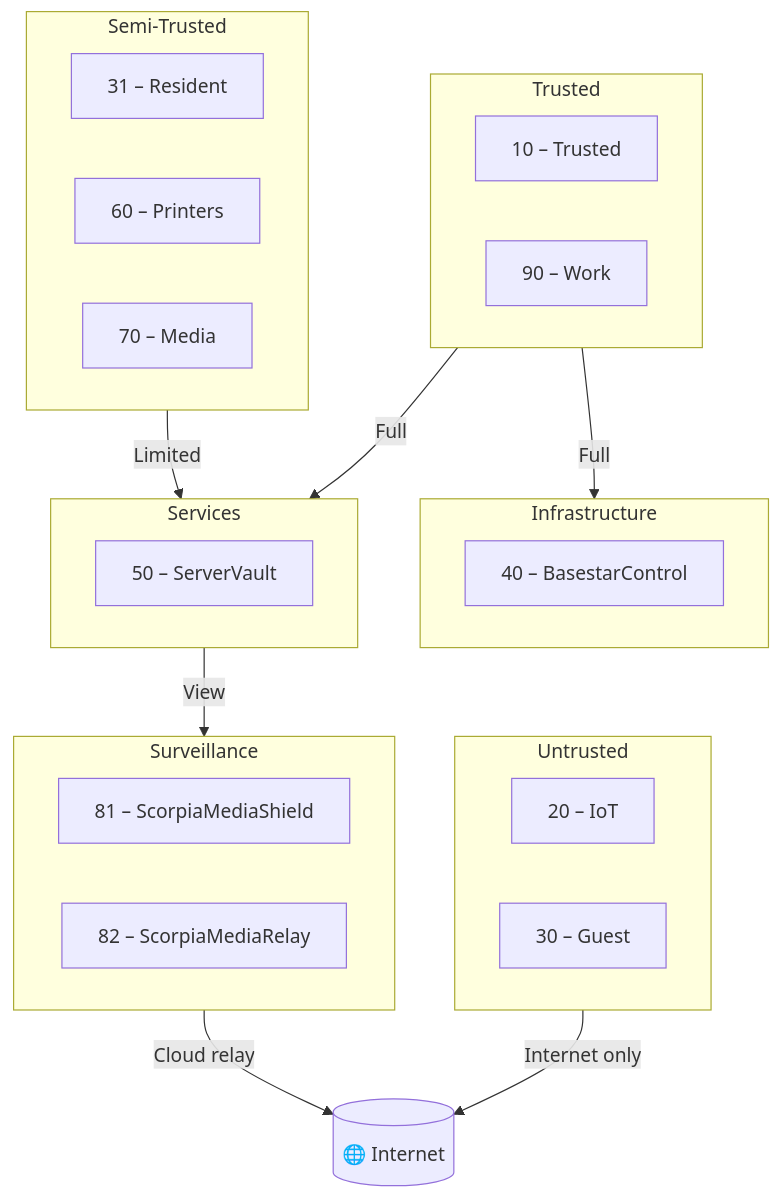
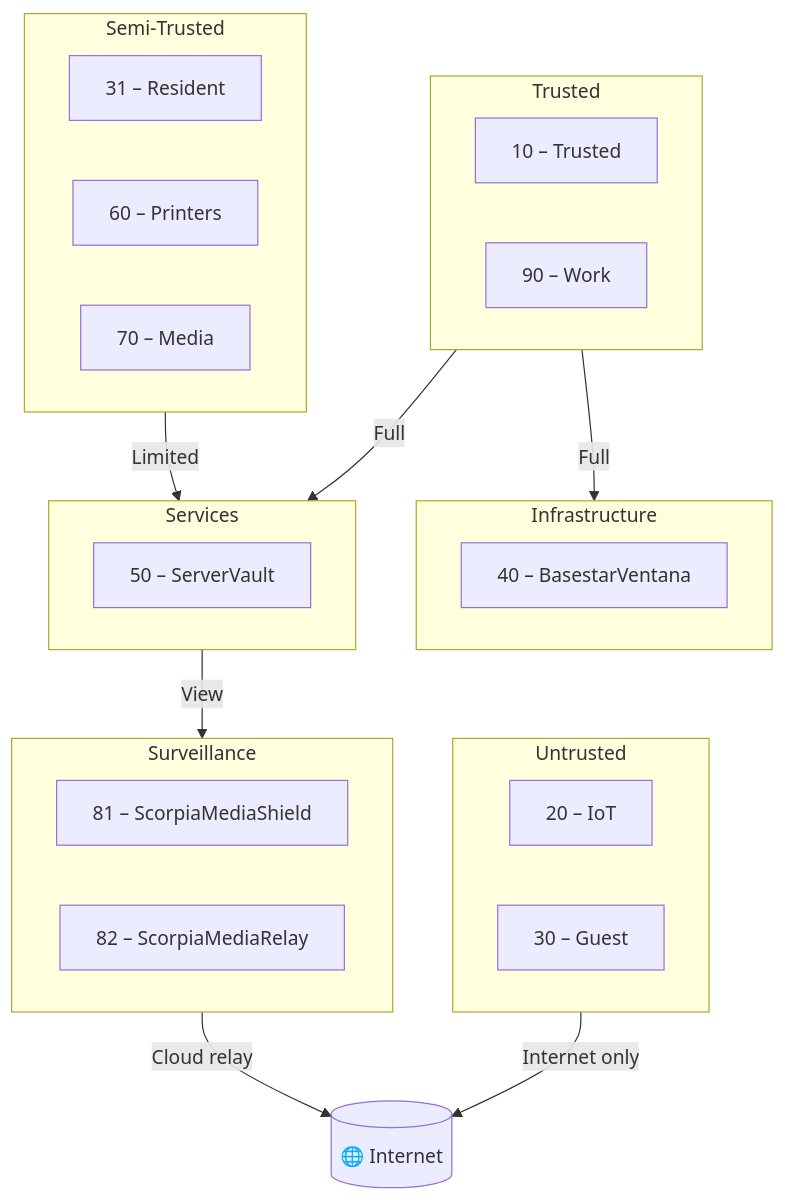
Before and after one commit to th3Wheel/Battlestar-Ventana-Network-Blueprint: the diagram in docs/Project_Architecture_Blueprint.md, drawn with Mermaid. The commit also changed other lines of this file and 9 other files, not shown here.

````diff
--- a/docs/Project_Architecture_Blueprint.md
+++ b/docs/Project_Architecture_Blueprint.md
@@ -68,35 +68,35 @@
 ```mermaid
 flowchart TB
   subgraph Trusted[Trusted]
     V10[10 – Trusted]
     V90[90 – Work]
   end
   subgraph SemiTrusted[Semi‑Trusted]
     V31[31 – Resident]
     V60[60 – Printers]
     V70[70 – Media]
   end
   subgraph Untrusted[Untrusted]
     V20[20 – IoT]
     V30[30 – Guest]
   end
   subgraph Services[Services]
     V50[50 – ServerVault]
   end
   subgraph Infra[Infrastructure]
-    V40[40 – BasestarControl]
+    V40[40 – BasestarVentana]
   end
   subgraph Surveillance[Surveillance]
     V81[81 – ScorpiaMediaShield]
     V82[82 – ScorpiaMediaRelay]
   end
 
   Internet[(🌐 Internet)]
 
   Untrusted -- Internet only --> Internet
   SemiTrusted -- Limited --> Services
   Trusted -- Full --> Services
   Trusted -- Full --> Infra
   Services -- View --> Surveillance
   Surveillance -- Cloud relay --> Internet
 ```
````
